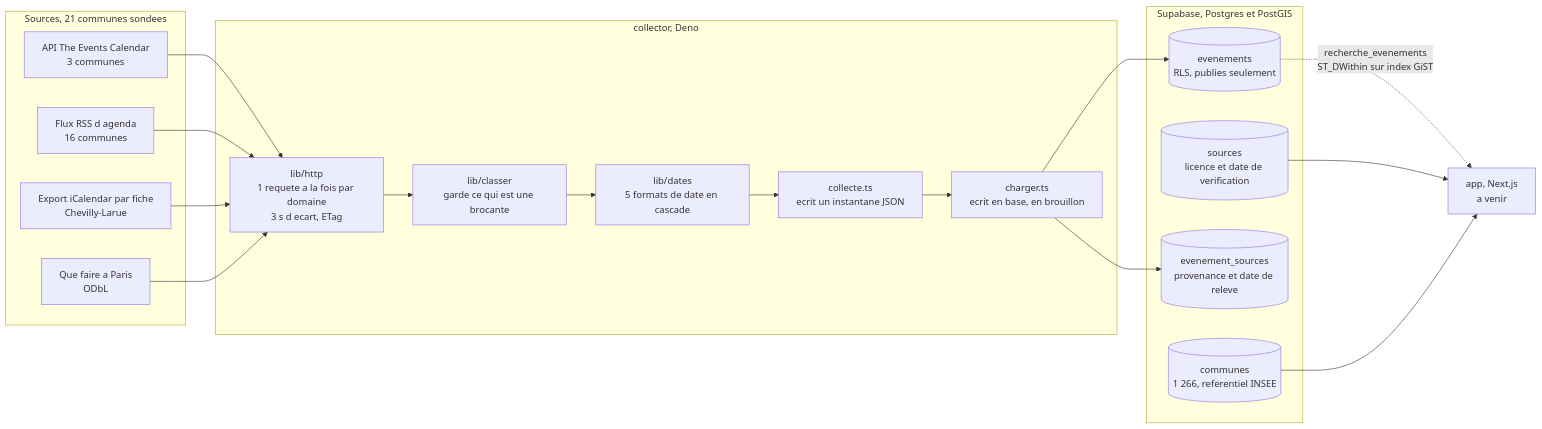
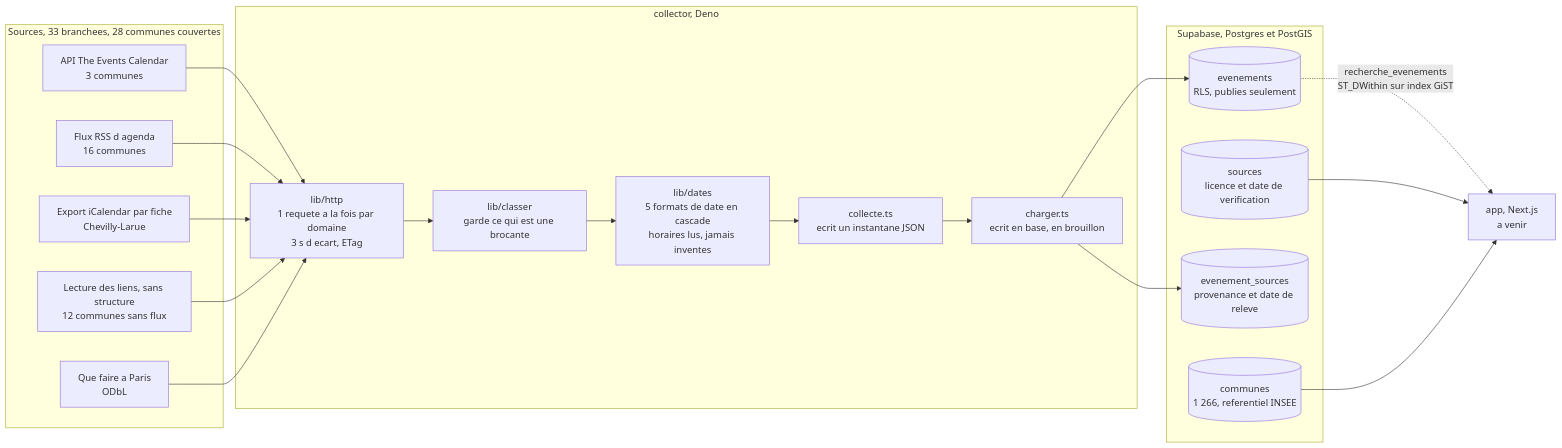
The diagram in README.md (Adam-Blf/brocantes), drawn with Mermaid before and after one commit. The commit also changed other lines of this file and 7 other files, not shown here.

````diff
--- a/README.md
+++ b/README.md
@@ -37,31 +37,32 @@
 ```mermaid
 flowchart LR
-  subgraph sources["Sources, 21 communes sondees"]
+  subgraph sources["Sources, 33 branchees, 28 communes couvertes"]
     T["API The Events Calendar<br/>3 communes"]
     R["Flux RSS d agenda<br/>16 communes"]
     I["Export iCalendar par fiche<br/>Chevilly-Larue"]
+    HT["Lecture des liens, sans structure<br/>12 communes sans flux"]
     P["Que faire a Paris<br/>ODbL"]
   end
 
   subgraph collecte["collector, Deno"]
     H["lib/http<br/>1 requete a la fois par domaine<br/>3 s d ecart, ETag"]
     C["lib/classer<br/>garde ce qui est une brocante"]
-    D["lib/dates<br/>5 formats de date en cascade"]
+    D["lib/dates<br/>5 formats de date en cascade<br/>horaires lus, jamais inventes"]
     O["collecte.ts<br/>ecrit un instantane JSON"]
     L["charger.ts<br/>ecrit en base, en brouillon"]
   end
 
   subgraph base["Supabase, Postgres et PostGIS"]
     E[("evenements<br/>RLS, publies seulement")]
     S[("sources<br/>licence et date de verification")]
     ES[("evenement_sources<br/>provenance et date de releve")]
     CO[("communes<br/>1 266, referentiel INSEE")]
   end
 
   W["app, Next.js<br/>a venir"]
 
-  T & R & I & P --> H --> C --> D --> O --> L --> E
+  T & R & I & HT & P --> H --> C --> D --> O --> L --> E
   L --> ES
   E -.->|"recherche_evenements<br/>ST_DWithin sur index GiST"| W
   S & CO --> W
 ```
````
